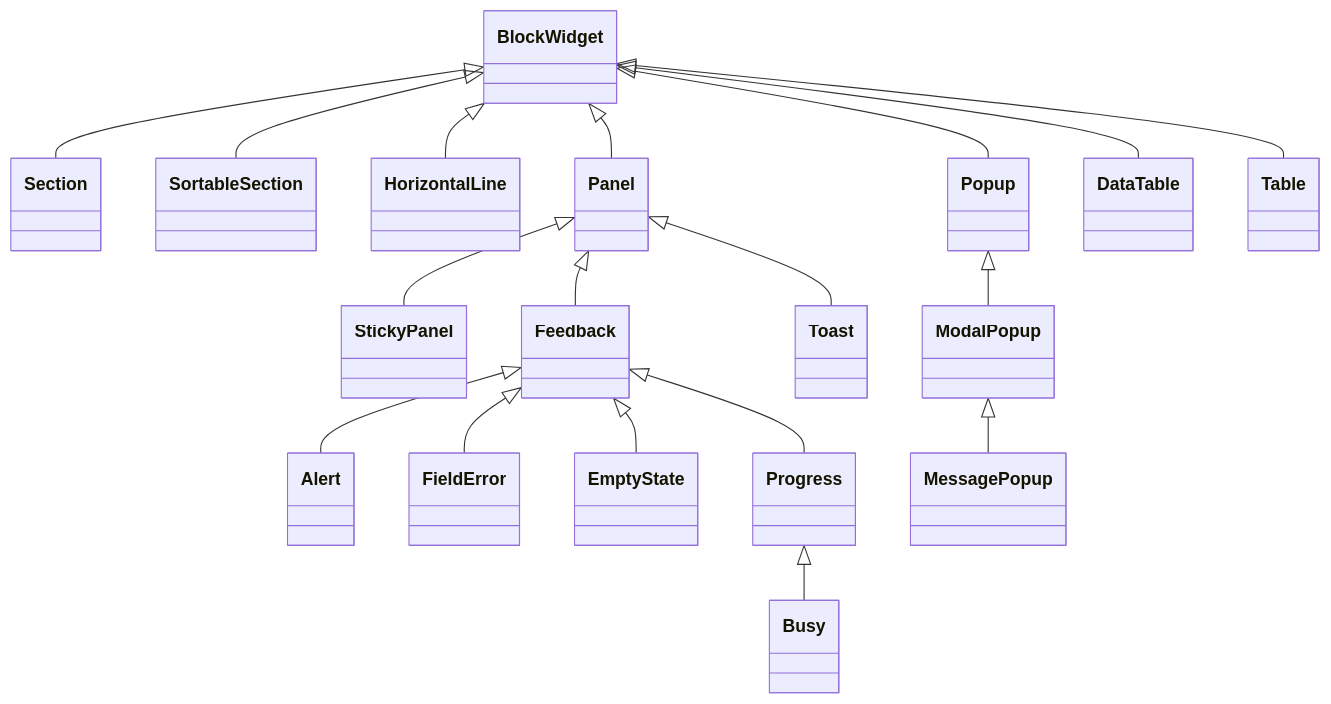
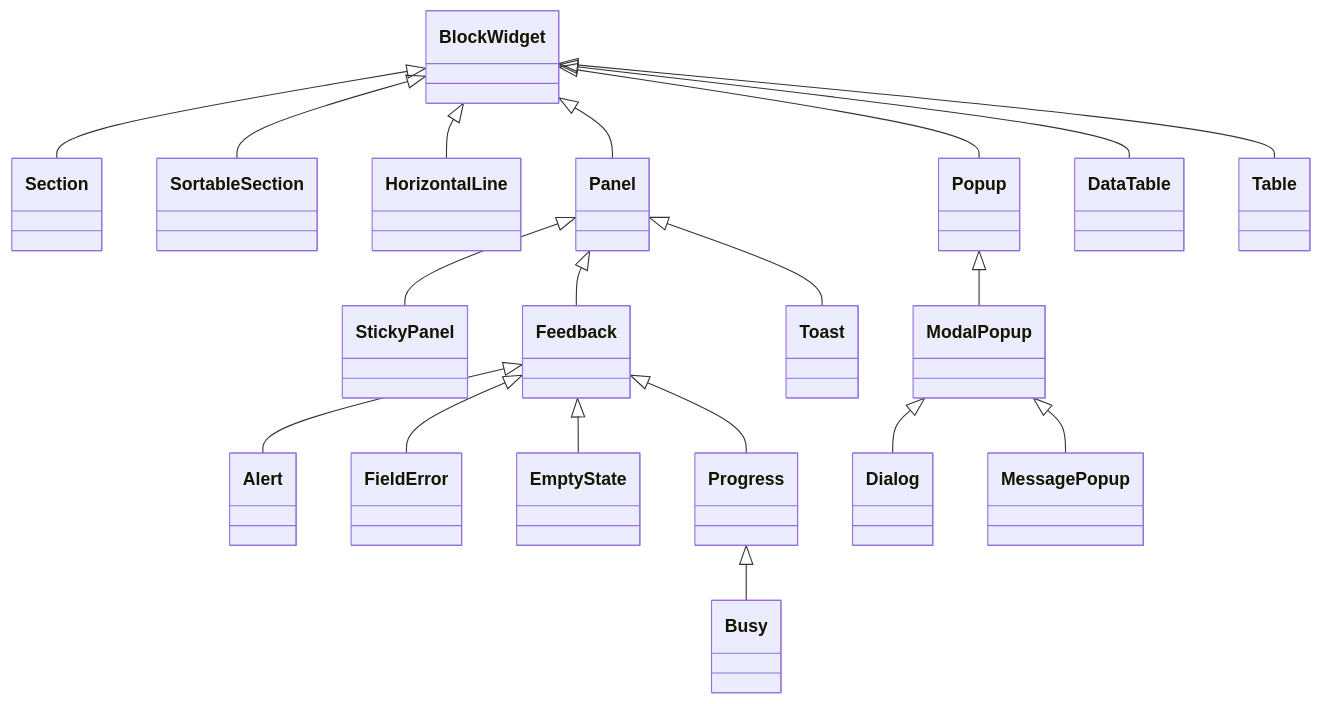
The second of 6 diagrams in docs/WIDGETS.md (kniazkov/widgets), drawn with Mermaid before and after one commit. The commit also changed other lines of this file and 20 other files, not shown here.

````diff
--- a/docs/WIDGETS.md
+++ b/docs/WIDGETS.md
@@ -39,21 +39,22 @@
 ```mermaid
 classDiagram
     direction TB
     BlockWidget <|-- Section
     BlockWidget <|-- SortableSection
     BlockWidget <|-- HorizontalLine
     BlockWidget <|-- Panel
     Panel <|-- StickyPanel
     Panel <|-- Feedback
     Panel <|-- Toast
     Feedback <|-- Alert
     Feedback <|-- FieldError
     Feedback <|-- EmptyState
     Feedback <|-- Progress
     Progress <|-- Busy
     BlockWidget <|-- Popup
     Popup <|-- ModalPopup
+    ModalPopup <|-- Dialog
     ModalPopup <|-- MessagePopup
     BlockWidget <|-- DataTable
     BlockWidget <|-- Table
 ```
````
